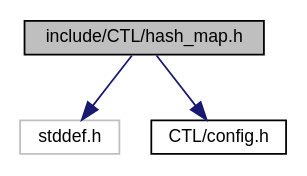
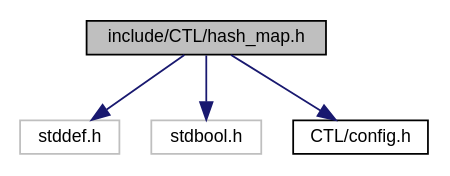
The diagram in docs/hash__map_8h__incl.dot (inie0722/air-ctl), drawn with Graphviz before and after one commit. The commit also changed 232 other files, not shown here.

```diff
--- a/docs/hash__map_8h__incl.dot
+++ b/docs/hash__map_8h__incl.dot
@@ -1,11 +1,13 @@
 digraph "include/CTL/hash_map.h"
 {
  // LATEX_PDF_SIZE
   edge [fontname="Helvetica",fontsize="10",labelfontname="Helvetica",labelfontsize="10"];
   node [fontname="Helvetica",fontsize="10",shape=record];
   Node1 [label="include/CTL/hash_map.h",height=0.2,width=0.4,color="black", fillcolor="grey75", style="filled", fontcolor="black",tooltip=" "];
   Node1 -> Node2 [color="midnightblue",fontsize="10",style="solid",fontname="Helvetica"];
   Node2 [label="stddef.h",height=0.2,width=0.4,color="grey75", fillcolor="white", style="filled",tooltip=" "];
   Node1 -> Node3 [color="midnightblue",fontsize="10",style="solid",fontname="Helvetica"];
-  Node3 [label="CTL/config.h",height=0.2,width=0.4,color="black", fillcolor="white", style="filled",URL="$config_8h_source.html",tooltip=" "];
+  Node3 [label="stdbool.h",height=0.2,width=0.4,color="grey75", fillcolor="white", style="filled",tooltip=" "];
+  Node1 -> Node4 [color="midnightblue",fontsize="10",style="solid",fontname="Helvetica"];
+  Node4 [label="CTL/config.h",height=0.2,width=0.4,color="black", fillcolor="white", style="filled",URL="$config_8h_source.html",tooltip=" "];
 }
```
